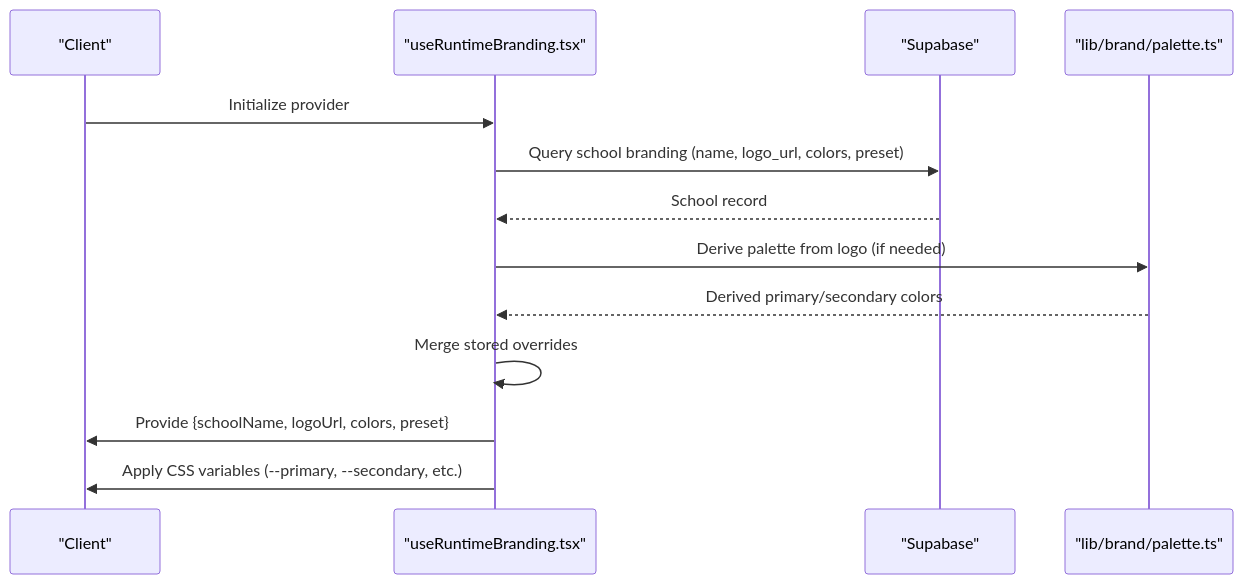
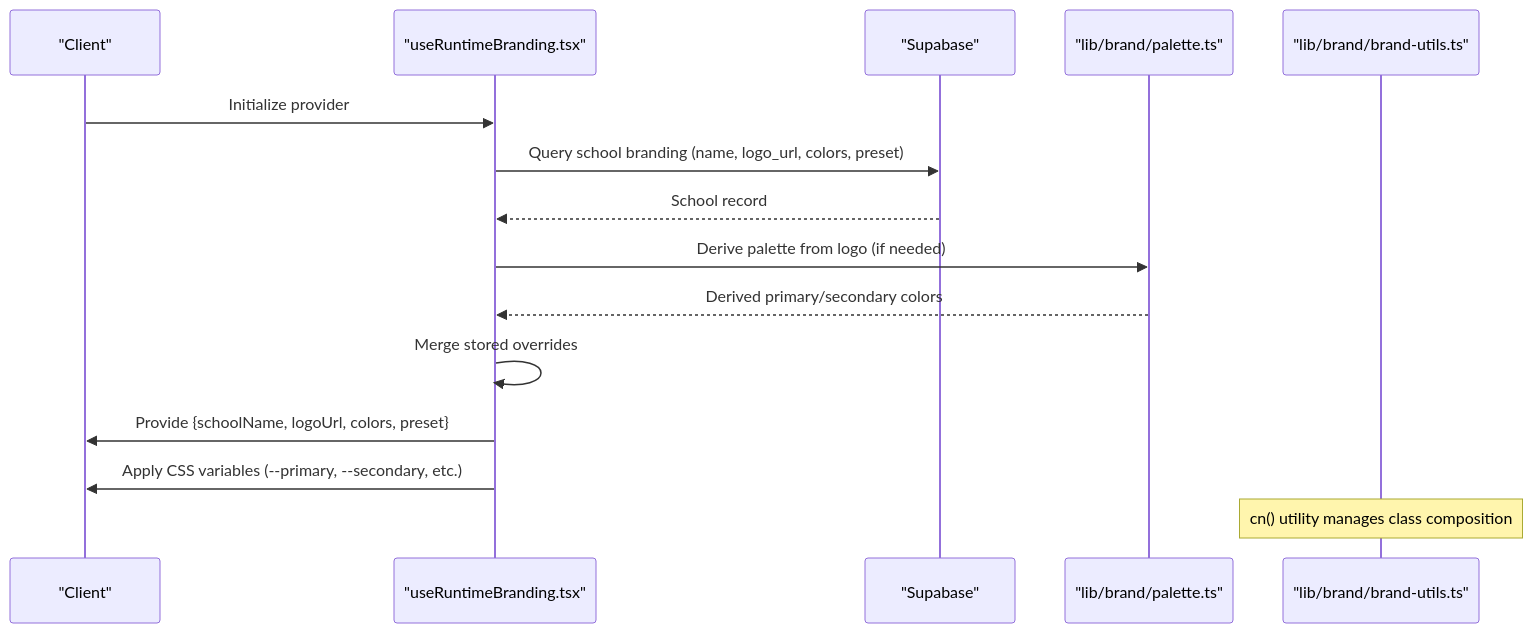
Before and after one commit to mustafaalkusaj/appschoolmustafa2002: the second of 6 diagrams in .qoder/repowiki/en/content/UI Components/Brand Components.md, drawn with Mermaid. The commit also changed other lines of this file and 277 other files, not shown here.

````diff
--- a/.qoder/repowiki/en/content/UI Components/Brand Components.md
+++ b/.qoder/repowiki/en/content/UI Components/Brand Components.md
@@ -110,15 +128,17 @@
 ```mermaid
 sequenceDiagram
 participant C as "Client"
 participant RB as "useRuntimeBranding.tsx"
 participant DB as "Supabase"
 participant PAL as "lib/brand/palette.ts"
+participant UTILS as "lib/brand/brand-utils.ts"
 C->>RB : Initialize provider
 RB->>DB : Query school branding (name, logo_url, colors, preset)
 DB-->>RB : School record
 RB->>PAL : Derive palette from logo (if needed)
 PAL-->>RB : Derived primary/secondary colors
 RB->>RB : Merge stored overrides
 RB->>C : Provide {schoolName, logoUrl, colors, preset}
 RB->>C : Apply CSS variables (--primary, --secondary, etc.)
+Note over UTILS : cn() utility manages class composition
 ```
````
